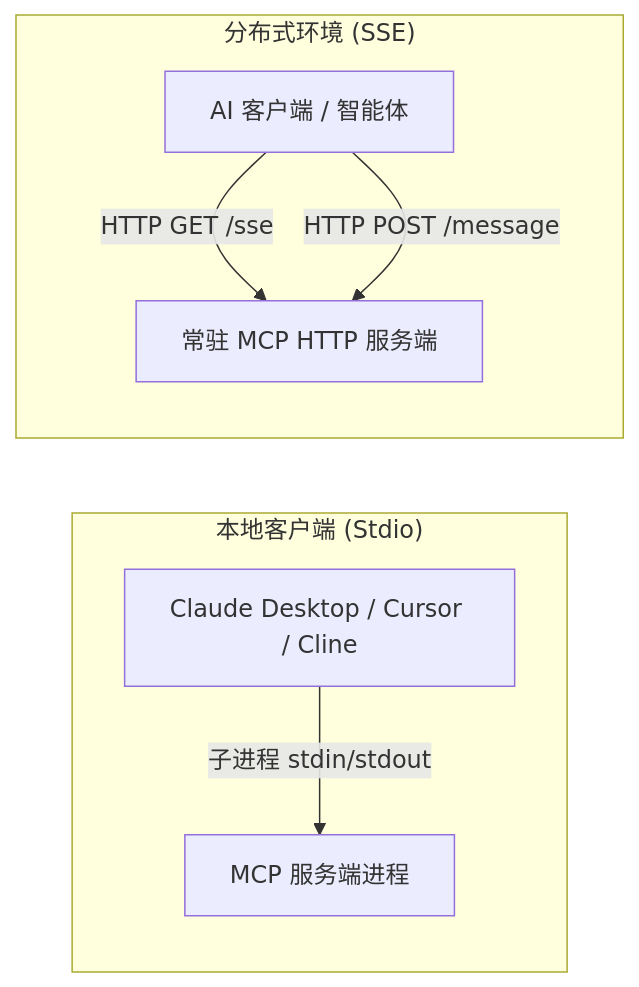
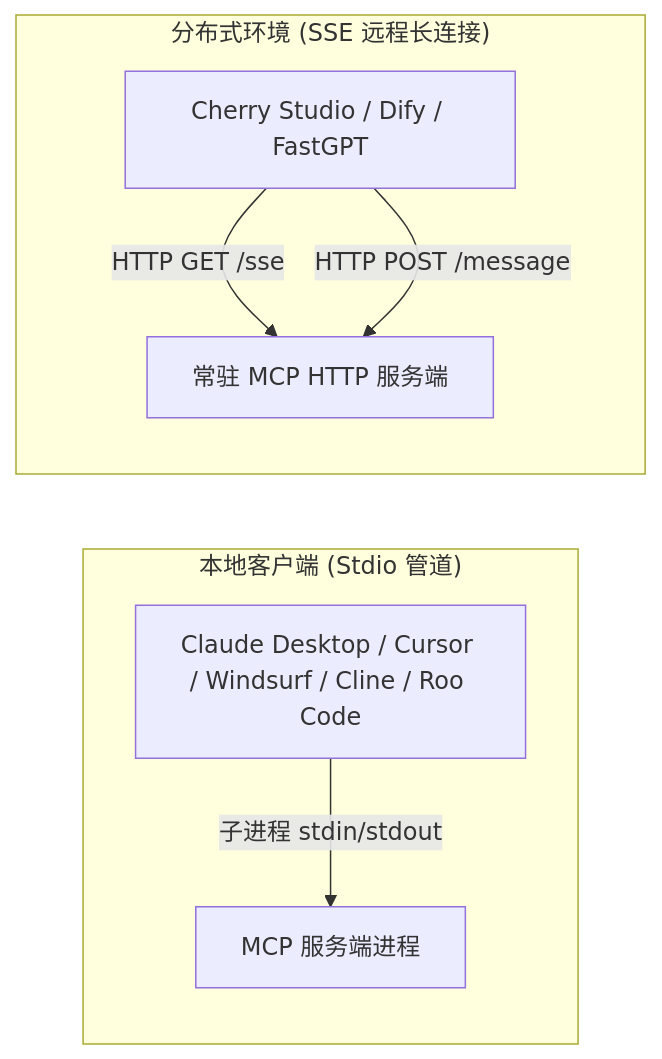
The diagram in docs/guide/client-setup.md (atengk/Ateng-MCP), drawn with Mermaid before and after one commit. The commit also changed other lines of this file and 14 other files, not shown here.

````diff
--- a/docs/guide/client-setup.md
+++ b/docs/guide/client-setup.md
@@ -21,11 +21,11 @@
 ```mermaid
 flowchart LR
-  subgraph Local_Host["本地客户端 (Stdio)"]
-    IDE["Claude Desktop / Cursor / Cline"] -->|子进程 stdin/stdout| LocalMCP["MCP 服务端进程"]
+  subgraph Local_Host["本地客户端 (Stdio 管道)"]
+    IDE["Claude Desktop / Cursor / Windsurf / Cline / Roo Code"] -->|子进程 stdin/stdout| LocalMCP["MCP 服务端进程"]
   end
 
-  subgraph Cloud_Host["分布式环境 (SSE)"]
-    Agent["AI 客户端 / 智能体"] -->|HTTP GET /sse| Gateway["常驻 MCP HTTP 服务端"]
+  subgraph Cloud_Host["分布式环境 (SSE 远程长连接)"]
+    Agent["Cherry Studio / Dify / FastGPT"] -->|HTTP GET /sse| Gateway["常驻 MCP HTTP 服务端"]
     Agent -->|HTTP POST /message| Gateway
   end
 ```
````
